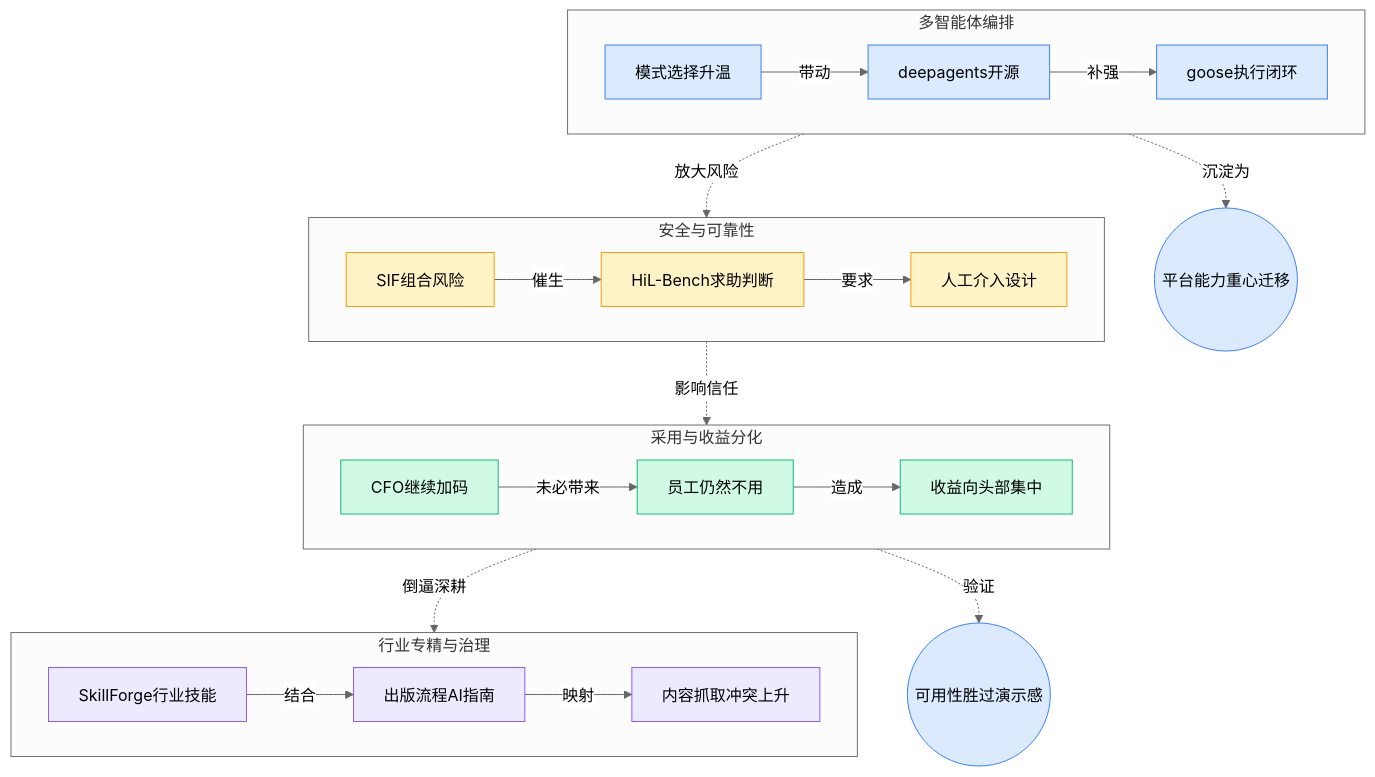
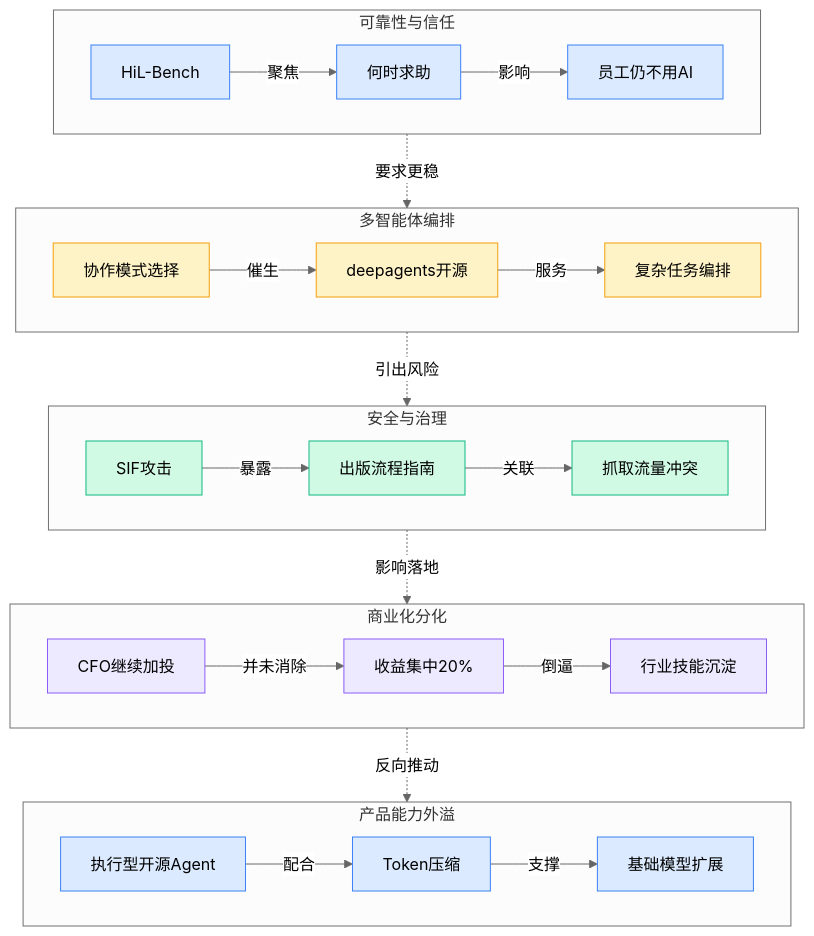
Before and after one commit to ylzsdafei/ai-daily-site: the eighth of 8 diagrams in content/cn/blog/weekly/2026-W16.md, drawn with Mermaid (neutral theme). The commit also changed other lines of this file and 1 other file, not shown here.

````diff
--- a/content/cn/blog/weekly/2026-W16.md
+++ b/content/cn/blog/weekly/2026-W16.md
@@ -241,47 +248,51 @@
 ```mermaid
 graph TD
-subgraph T1[多智能体编排]
-A1[模式选择升温]
-A2[deepagents开源]
-A3[goose执行闭环]
+subgraph T1[可靠性与信任]
+A1[HiL-Bench]
+A2[何时求助]
+A3[员工仍不用AI]
 end
-subgraph T2[安全与可靠性]
-B1[SIF组合风险]
-B2[HiL-Bench求助判断]
-B3[人工介入设计]
+subgraph T2[多智能体编排]
+B1[协作模式选择]
+B2[deepagents开源]
+B3[复杂任务编排]
 end
-subgraph T3[采用与收益分化]
-C1[CFO继续加码]
-C2[员工仍然不用]
-C3[收益向头部集中]
+subgraph T3[安全与治理]
+C1[SIF攻击]
+C2[出版流程指南]
+C3[抓取流量冲突]
 end
-subgraph T4[行业专精与治理]
-D1[SkillForge行业技能]
-D2[出版流程AI指南]
-D3[内容抓取冲突上升]
+subgraph T4[商业化分化]
+D1[CFO继续加投]
+D2[收益集中20%]
+D3[行业技能沉淀]
 end
-E1((平台能力重心迁移))
-E2((可用性胜过演示感))
-A1 -->|带动| A2
-A2 -->|补强| A3
+subgraph T5[产品能力外溢]
+E1[执行型开源Agent]
+E2[Token压缩]
+E3[基础模型扩展]
+end
+A1 -->|聚焦| A2
+A2 -->|影响| A3
 B1 -->|催生| B2
-B2 -->|要求| B3
-C1 -->|未必带来| C2
-C2 -->|造成| C3
-D1 -->|结合| D2
-D2 -->|映射| D3
-T1 -.->|放大风险| T2
-T2 -.->|影响信任| T3
-T3 -.->|倒逼深耕| T4
-T1 -.->|沉淀为| E1
-T3 -.->|验证| E2
+B2 -->|服务| B3
+C1 -->|暴露| C2
+C2 -->|关联| C3
+D1 -->|并未消除| D2
+D2 -->|倒逼| D3
+E1 -->|配合| E2
+E2 -->|支撑| E3
+T1 -.->|要求更稳| T2
+T2 -.->|引出风险| T3
+T3 -.->|影响落地| T4
+T4 -.->|反向推动| T5
 classDef blue fill:#dbeafe,stroke:#3b82f6
 classDef yellow fill:#fef3c7,stroke:#f59e0b
 classDef green fill:#d1fae5,stroke:#10b981
 classDef purple fill:#ede9fe,stroke:#8b5cf6
 class A1,A2,A3 blue
 class B1,B2,B3 yellow
 class C1,C2,C3 green
 class D1,D2,D3 purple
-class E1,E2 blue
+class E1,E2,E3 blue
 ```
````
